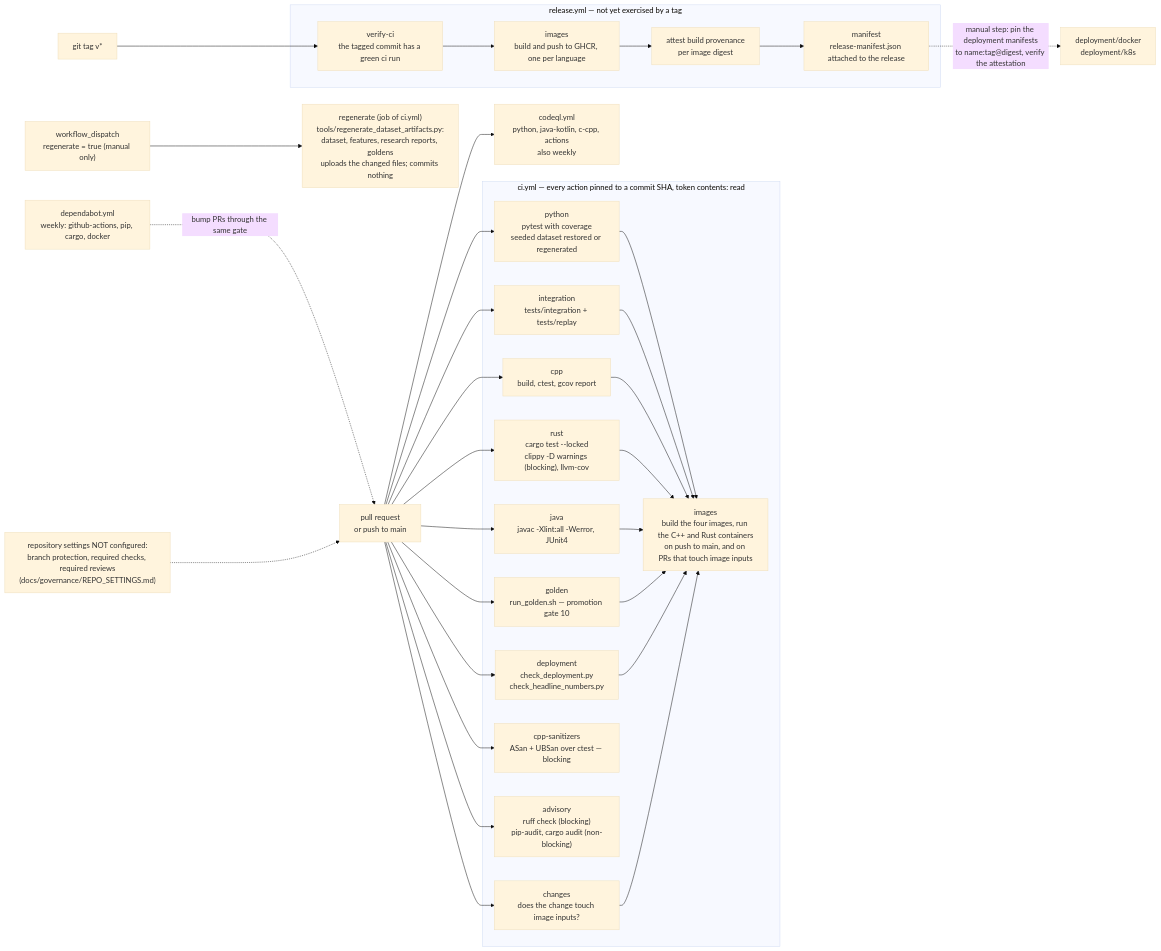
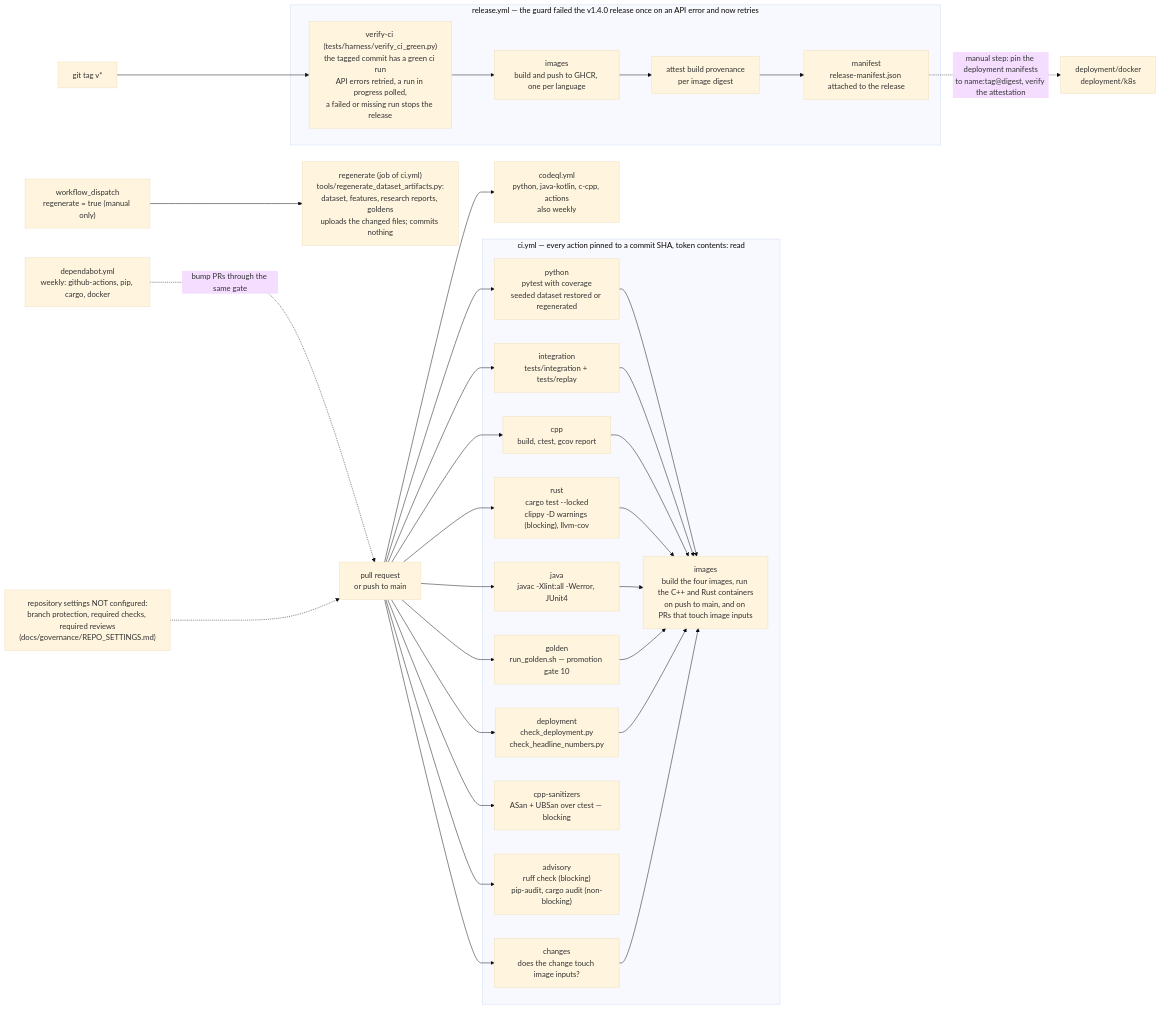
The diagram in docs/diagrams/ci_release_pipeline.mmd (AshJha0/intraday-alpha-platform), drawn with Mermaid (base theme) before and after one commit. The commit also changed 28 other files, not shown here.

```diff
--- a/docs/diagrams/ci_release_pipeline.mmd
+++ b/docs/diagrams/ci_release_pipeline.mmd
@@ -1,48 +1,48 @@
 flowchart LR
-    %% .github/workflows/{ci,codeql,release}.yml and dependabot.yml as of v1.4.0.
+    %% .github/workflows/{ci,codeql,release}.yml and dependabot.yml as of v1.5.0.
     PR["pull request<br/>or push to main"] --> PY
     PR --> INT
     PR --> CPP
     PR --> RS
     PR --> JV
     PR --> GOLD
     PR --> DEP
     PR --> ASAN
     PR --> ADV
     PR --> CHG
     subgraph CI["ci.yml — every action pinned to a commit SHA, token contents: read"]
         PY["python<br/>pytest with coverage<br/>seeded dataset restored or regenerated"]
         INT["integration<br/>tests/integration + tests/replay"]
         CPP["cpp<br/>build, ctest, gcov report"]
         RS["rust<br/>cargo test --locked<br/>clippy -D warnings (blocking), llvm-cov"]
         JV["java<br/>javac -Xlint:all -Werror, JUnit4"]
         GOLD["golden<br/>run_golden.sh — promotion gate 10"]
         DEP["deployment<br/>check_deployment.py<br/>check_headline_numbers.py"]
         ASAN["cpp-sanitizers<br/>ASan + UBSan over ctest — blocking"]
         ADV["advisory<br/>ruff check (blocking)<br/>pip-audit, cargo audit (non-blocking)"]
         CHG["changes<br/>does the change touch image inputs?"]
         IMG["images<br/>build the four images, run the C++ and Rust containers<br/>on push to main, and on PRs that touch image inputs"]
     end
     PY --> IMG
     INT --> IMG
     CPP --> IMG
     RS --> IMG
     JV --> IMG
     GOLD --> IMG
     DEP --> IMG
     CHG --> IMG
     DISP["workflow_dispatch<br/>regenerate = true (manual only)"] --> REGEN["regenerate (job of ci.yml)<br/>tools/regenerate_dataset_artifacts.py:<br/>dataset, features, research reports, goldens<br/>uploads the changed files; commits nothing"]
     PR --> CQL["codeql.yml<br/>python, java-kotlin, c-cpp, actions<br/>also weekly"]
     DB["dependabot.yml<br/>weekly: github-actions, pip, cargo, docker"] -.->|"bump PRs through the same gate"| PR
     TAG["git tag v*"] --> VER
-    subgraph REL["release.yml — not yet exercised by a tag"]
-        VER["verify-ci<br/>the tagged commit has a green ci run"]
+    subgraph REL["release.yml — the guard failed the v1.4.0 release once on an API error and now retries"]
+        VER["verify-ci (tests/harness/verify_ci_green.py)<br/>the tagged commit has a green ci run<br/>API errors retried, a run in progress polled,<br/>a failed or missing run stops the release"]
         BLD["images<br/>build and push to GHCR, one per language"]
         ATT["attest build provenance<br/>per image digest"]
         MAN["manifest<br/>release-manifest.json attached to the release"]
         VER --> BLD
         BLD --> ATT
         ATT --> MAN
     end
     MAN -.->|"manual step: pin the deployment manifests<br/>to name:tag@digest, verify the attestation"| DEPLOY["deployment/docker<br/>deployment/k8s"]
     NOTE["repository settings NOT configured:<br/>branch protection, required checks, required reviews<br/>(docs/governance/REPO_SETTINGS.md)"] -.-> PR
```
